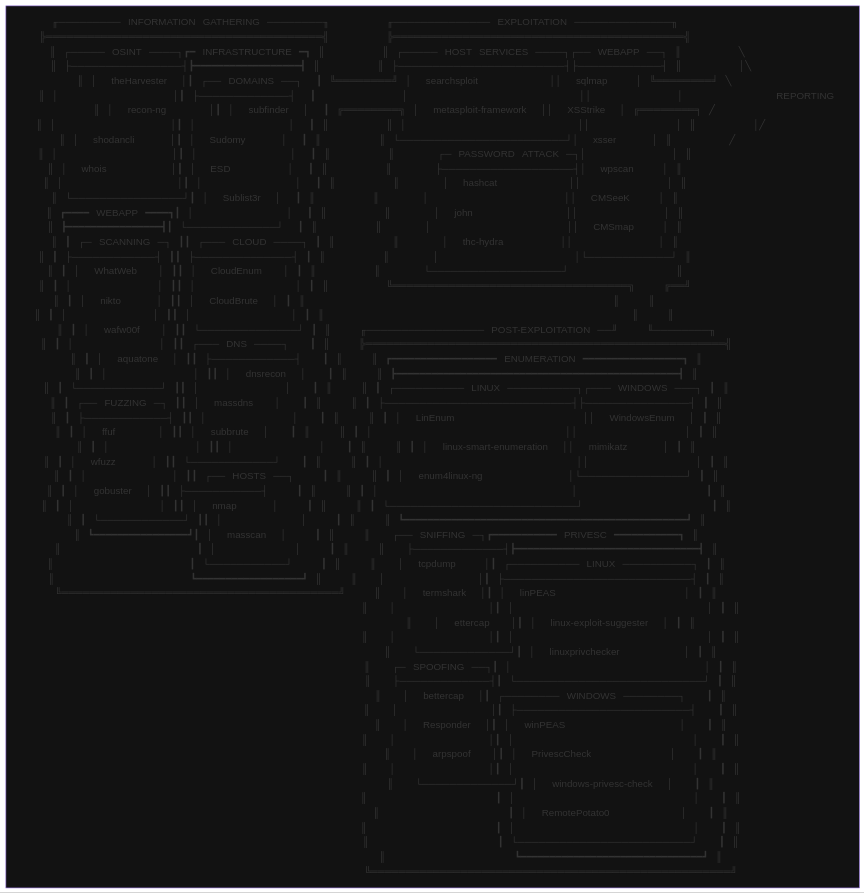
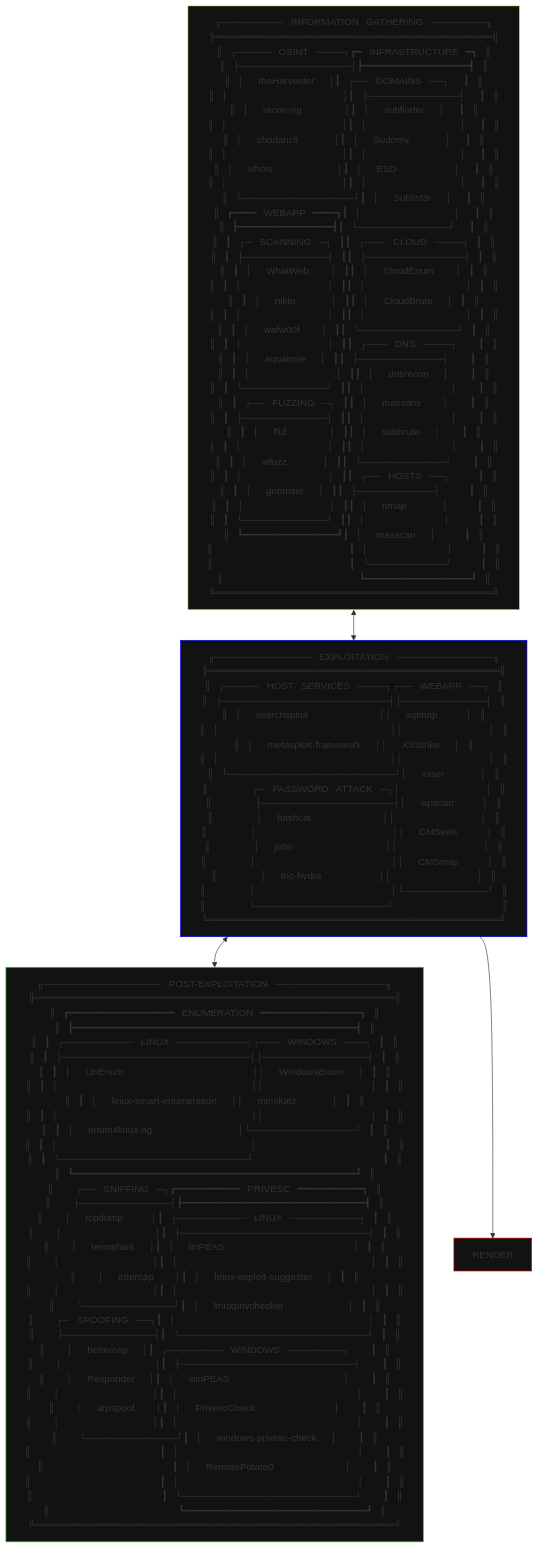
The diagram in base.README.md (Skalyaeve/a-process), drawn with Mermaid before and after one commit.

````diff
--- a/base.README.md
+++ b/base.README.md
@@ -1,65 +1,116 @@
 ```mermaid
 graph TD
-main[
-⠀╓─────────⠀INFORMATION⠀GATHERING⠀────────╖⠀⠀⠀⠀⠀⠀⠀⠀╓──────────────⠀EXPLOITATION⠀──────────────╖⠀⠀⠀⠀⠀⠀⠀⠀⠀⠀⠀⠀⠀⠀⠀⠀⠀⠀⠀⠀
-⠀╠════════════════════════════════════════╣⠀⠀⠀⠀⠀⠀⠀⠀╠══════════════════════════════════════════╣⠀⠀⠀⠀⠀⠀⠀⠀⠀⠀⠀⠀⠀⠀⠀⠀⠀⠀⠀⠀
-⠀║⠀┌─────⠀OSINT⠀────┐┏━⠀INFRASTRUCTURE⠀━┓⠀║⠀⠀⠀⠀⠀⠀⠀⠀║⠀┌─────⠀HOST⠀SERVICES⠀────┐┌──⠀WEBAPP⠀──┐⠀║⠀⠀⠀⠀⠀⠀⠀⠀╲⠀⠀⠀⠀⠀⠀⠀⠀⠀⠀⠀
-⠀║⠀├────────────────┤┣━━━━━━━━━━━━━━━━━━┫⠀║⠀⠀⠀⠀⠀⠀⠀⠀║⠀├────────────────────────┤├────────────┤⠀║⠀⠀⠀⠀⠀⠀⠀⠀│╲⠀⠀⠀⠀⠀⠀⠀⠀⠀⠀
-⠀║⠀│⠀⠀theHarvester⠀⠀│┃⠀┌──⠀DOMAINS⠀──┐⠀⠀┃⠀╚════════╝⠀│⠀⠀searchsploit⠀⠀⠀⠀⠀⠀⠀⠀⠀⠀││⠀⠀sqlmap⠀⠀⠀⠀│⠀╚════════╛⠀╲⠀⠀⠀⠀⠀⠀⠀⠀⠀
-⠀║⠀│⠀⠀⠀⠀⠀⠀⠀⠀⠀⠀⠀⠀⠀⠀⠀⠀│┃⠀├─────────────┤⠀⠀┃⠀⠀⠀⠀⠀⠀⠀⠀⠀⠀⠀⠀│⠀⠀⠀⠀⠀⠀⠀⠀⠀⠀⠀⠀⠀⠀⠀⠀⠀⠀⠀⠀⠀⠀⠀⠀││⠀⠀⠀⠀⠀⠀⠀⠀⠀⠀⠀⠀│⠀⠀⠀⠀⠀⠀⠀⠀⠀⠀⠀⠀⠀REPORTING
-⠀║⠀│⠀⠀recon-ng⠀⠀⠀⠀⠀⠀│┃⠀│⠀⠀subfinder⠀⠀│⠀⠀┃⠀╔════════╗⠀│⠀⠀metasploit-framework⠀⠀││⠀⠀XSStrike⠀⠀│⠀╔════════╕⠀╱⠀⠀⠀⠀⠀⠀⠀⠀⠀
-⠀║⠀│⠀⠀⠀⠀⠀⠀⠀⠀⠀⠀⠀⠀⠀⠀⠀⠀│┃⠀│⠀⠀⠀⠀⠀⠀⠀⠀⠀⠀⠀⠀⠀│⠀⠀┃⠀║⠀⠀⠀⠀⠀⠀⠀⠀║⠀│⠀⠀⠀⠀⠀⠀⠀⠀⠀⠀⠀⠀⠀⠀⠀⠀⠀⠀⠀⠀⠀⠀⠀⠀││⠀⠀⠀⠀⠀⠀⠀⠀⠀⠀⠀⠀│⠀║⠀⠀⠀⠀⠀⠀⠀⠀│╱⠀⠀⠀⠀⠀⠀⠀⠀⠀⠀
-⠀║⠀│⠀⠀shodancli⠀⠀⠀⠀⠀│┃⠀│⠀⠀Sudomy⠀⠀⠀⠀⠀│⠀⠀┃⠀║⠀⠀⠀⠀⠀⠀⠀⠀║⠀└────────────────────────┘│⠀⠀xsser⠀⠀⠀⠀⠀│⠀║⠀⠀⠀⠀⠀⠀⠀⠀╱⠀⠀⠀⠀⠀⠀⠀⠀⠀⠀⠀
-⠀║⠀│⠀⠀⠀⠀⠀⠀⠀⠀⠀⠀⠀⠀⠀⠀⠀⠀│┃⠀│⠀⠀⠀⠀⠀⠀⠀⠀⠀⠀⠀⠀⠀│⠀⠀┃⠀║⠀⠀⠀⠀⠀⠀⠀⠀║⠀⠀⠀⠀⠀⠀┌─⠀PASSWORD⠀ATTACK⠀─┐│⠀⠀⠀⠀⠀⠀⠀⠀⠀⠀⠀⠀│⠀║⠀⠀⠀⠀⠀⠀⠀⠀⠀⠀⠀⠀⠀⠀⠀⠀⠀⠀⠀⠀
-⠀║⠀│⠀⠀whois⠀⠀⠀⠀⠀⠀⠀⠀⠀│┃⠀│⠀⠀ESD⠀⠀⠀⠀⠀⠀⠀⠀│⠀⠀┃⠀║⠀⠀⠀⠀⠀⠀⠀⠀║⠀⠀⠀⠀⠀⠀├───────────────────┤│⠀⠀wpscan⠀⠀⠀⠀│⠀║⠀⠀⠀⠀⠀⠀⠀⠀⠀⠀⠀⠀⠀⠀⠀⠀⠀⠀⠀⠀
-⠀║⠀│⠀⠀⠀⠀⠀⠀⠀⠀⠀⠀⠀⠀⠀⠀⠀⠀│┃⠀│⠀⠀⠀⠀⠀⠀⠀⠀⠀⠀⠀⠀⠀│⠀⠀┃⠀║⠀⠀⠀⠀⠀⠀⠀⠀║⠀⠀⠀⠀⠀⠀│⠀⠀hashcat⠀⠀⠀⠀⠀⠀⠀⠀⠀⠀││⠀⠀⠀⠀⠀⠀⠀⠀⠀⠀⠀⠀│⠀║⠀⠀⠀⠀⠀⠀⠀⠀⠀⠀⠀⠀⠀⠀⠀⠀⠀⠀⠀⠀
-⠀║⠀└────────────────┘┃⠀│⠀⠀Sublist3r⠀⠀│⠀⠀┃⠀║⠀⠀⠀⠀⠀⠀⠀⠀║⠀⠀⠀⠀⠀⠀│⠀⠀⠀⠀⠀⠀⠀⠀⠀⠀⠀⠀⠀⠀⠀⠀⠀⠀⠀││⠀⠀CMSeeK⠀⠀⠀⠀│⠀║⠀⠀⠀⠀⠀⠀⠀⠀⠀⠀⠀⠀⠀⠀⠀⠀⠀⠀⠀⠀
-⠀║⠀┏━━━━⠀WEBAPP⠀━━━━┓┃⠀│⠀⠀⠀⠀⠀⠀⠀⠀⠀⠀⠀⠀⠀│⠀⠀┃⠀║⠀⠀⠀⠀⠀⠀⠀⠀║⠀⠀⠀⠀⠀⠀│⠀⠀john⠀⠀⠀⠀⠀⠀⠀⠀⠀⠀⠀⠀⠀││⠀⠀⠀⠀⠀⠀⠀⠀⠀⠀⠀⠀│⠀║⠀⠀⠀⠀⠀⠀⠀⠀⠀⠀⠀⠀⠀⠀⠀⠀⠀⠀⠀⠀
-⠀║⠀┣━━━━━━━━━━━━━━━━┫┃⠀└─────────────┘⠀⠀┃⠀║⠀⠀⠀⠀⠀⠀⠀⠀║⠀⠀⠀⠀⠀⠀│⠀⠀⠀⠀⠀⠀⠀⠀⠀⠀⠀⠀⠀⠀⠀⠀⠀⠀⠀││⠀⠀CMSmap⠀⠀⠀⠀│⠀║⠀⠀⠀⠀⠀⠀⠀⠀⠀⠀⠀⠀⠀⠀⠀⠀⠀⠀⠀⠀
-⠀║⠀┃⠀┌─⠀SCANNING⠀─┐⠀┃┃⠀┌───⠀CLOUD⠀────┐⠀┃⠀║⠀⠀⠀⠀⠀⠀⠀⠀║⠀⠀⠀⠀⠀⠀│⠀⠀thc-hydra⠀⠀⠀⠀⠀⠀⠀⠀││⠀⠀⠀⠀⠀⠀⠀⠀⠀⠀⠀⠀│⠀║⠀⠀⠀⠀⠀⠀⠀⠀⠀⠀⠀⠀⠀⠀⠀⠀⠀⠀⠀⠀
-⠀║⠀┃⠀├────────────┤⠀┃┃⠀├──────────────┤⠀┃⠀║⠀⠀⠀⠀⠀⠀⠀⠀║⠀⠀⠀⠀⠀⠀│⠀⠀⠀⠀⠀⠀⠀⠀⠀⠀⠀⠀⠀⠀⠀⠀⠀⠀⠀│└────────────┘⠀║⠀⠀⠀⠀⠀⠀⠀⠀⠀⠀⠀⠀⠀⠀⠀⠀⠀⠀⠀⠀
-⠀║⠀┃⠀│⠀⠀WhatWeb⠀⠀⠀│⠀┃┃⠀│⠀⠀CloudEnum⠀⠀⠀│⠀┃⠀║⠀⠀⠀⠀⠀⠀⠀⠀║⠀⠀⠀⠀⠀⠀└───────────────────┘⠀⠀⠀⠀⠀⠀⠀⠀⠀⠀⠀⠀⠀⠀⠀║⠀⠀⠀⠀⠀⠀⠀⠀⠀⠀⠀⠀⠀⠀⠀⠀⠀⠀⠀⠀
-⠀║⠀┃⠀│⠀⠀⠀⠀⠀⠀⠀⠀⠀⠀⠀⠀│⠀┃┃⠀│⠀⠀⠀⠀⠀⠀⠀⠀⠀⠀⠀⠀⠀⠀│⠀┃⠀║⠀⠀⠀⠀⠀⠀⠀⠀╚══════════════════════════════════╗⠀⠀⠀⠀╔══╝⠀⠀⠀⠀⠀⠀⠀⠀⠀⠀⠀⠀⠀⠀⠀⠀⠀⠀⠀⠀
-⠀║⠀┃⠀│⠀⠀nikto⠀⠀⠀⠀⠀│⠀┃┃⠀│⠀⠀CloudBrute⠀⠀│⠀┃⠀║⠀⠀⠀⠀⠀⠀⠀⠀⠀⠀⠀⠀⠀⠀⠀⠀⠀⠀⠀⠀⠀⠀⠀⠀⠀⠀⠀⠀⠀⠀⠀⠀⠀⠀⠀⠀⠀⠀⠀⠀⠀⠀⠀║⠀⠀⠀⠀║⠀⠀⠀⠀⠀⠀⠀⠀⠀⠀⠀⠀⠀⠀⠀⠀⠀⠀⠀⠀⠀⠀⠀
-⠀║⠀┃⠀│⠀⠀⠀⠀⠀⠀⠀⠀⠀⠀⠀⠀│⠀┃┃⠀│⠀⠀⠀⠀⠀⠀⠀⠀⠀⠀⠀⠀⠀⠀│⠀┃⠀║⠀⠀⠀⠀⠀⠀⠀⠀⠀⠀⠀⠀⠀⠀⠀⠀⠀⠀⠀⠀⠀⠀⠀⠀⠀⠀⠀⠀⠀⠀⠀⠀⠀⠀⠀⠀⠀⠀⠀⠀⠀⠀⠀║⠀⠀⠀⠀║⠀⠀⠀⠀⠀⠀⠀⠀⠀⠀⠀⠀⠀⠀⠀⠀⠀⠀⠀⠀⠀⠀⠀
-⠀║⠀┃⠀│⠀⠀wafw00f⠀⠀⠀│⠀┃┃⠀└──────────────┘⠀┃⠀║⠀⠀⠀⠀╓─────────────────⠀POST-EXPLOITATION⠀──╜⠀⠀⠀⠀╙────────╖⠀⠀⠀⠀⠀⠀⠀⠀⠀⠀⠀⠀⠀⠀
-⠀║⠀┃⠀│⠀⠀⠀⠀⠀⠀⠀⠀⠀⠀⠀⠀│⠀┃┃⠀┌───⠀DNS⠀────┐⠀⠀⠀┃⠀║⠀⠀⠀⠀╠════════════════════════════════════════════════════╣⠀⠀⠀⠀⠀⠀⠀⠀⠀⠀⠀⠀⠀⠀
-⠀║⠀┃⠀│⠀⠀aquatone⠀⠀│⠀┃┃⠀├────────────┤⠀⠀⠀┃⠀║⠀⠀⠀⠀║⠀┏━━━━━━━━━━━━━━━━━━⠀ENUMERATION⠀━━━━━━━━━━━━━━━━━┓⠀║⠀⠀⠀⠀⠀⠀⠀⠀⠀⠀⠀⠀⠀⠀
-⠀║⠀┃⠀│⠀⠀⠀⠀⠀⠀⠀⠀⠀⠀⠀⠀│⠀┃┃⠀│⠀⠀dnsrecon⠀⠀│⠀⠀⠀┃⠀║⠀⠀⠀⠀║⠀┣━━━━━━━━━━━━━━━━━━━━━━━━━━━━━━━━━━━━━━━━━━━━━━━━┫⠀║⠀⠀⠀⠀⠀⠀⠀⠀⠀⠀⠀⠀⠀⠀
-⠀║⠀┃⠀└────────────┘⠀┃┃⠀│⠀⠀⠀⠀⠀⠀⠀⠀⠀⠀⠀⠀│⠀⠀⠀┃⠀║⠀⠀⠀⠀║⠀┃⠀┌──────────⠀LINUX⠀──────────┐┌───⠀WINDOWS⠀───┐⠀┃⠀║⠀⠀⠀⠀⠀⠀⠀⠀⠀⠀⠀⠀⠀⠀
-⠀║⠀┃⠀┌──⠀FUZZING⠀─┐⠀┃┃⠀│⠀⠀massdns⠀⠀⠀│⠀⠀⠀┃⠀║⠀⠀⠀⠀║⠀┃⠀├───────────────────────────┤├───────────────┤⠀┃⠀║⠀⠀⠀⠀⠀⠀⠀⠀⠀⠀⠀⠀⠀⠀
-⠀║⠀┃⠀├────────────┤⠀┃┃⠀│⠀⠀⠀⠀⠀⠀⠀⠀⠀⠀⠀⠀│⠀⠀⠀┃⠀║⠀⠀⠀⠀║⠀┃⠀│⠀⠀LinEnum⠀⠀⠀⠀⠀⠀⠀⠀⠀⠀⠀⠀⠀⠀⠀⠀⠀⠀││⠀⠀WindowsEnum⠀⠀│⠀┃⠀║⠀⠀⠀⠀⠀⠀⠀⠀⠀⠀⠀⠀⠀⠀
-⠀║⠀┃⠀│⠀⠀ffuf⠀⠀⠀⠀⠀⠀│⠀┃┃⠀│⠀⠀subbrute⠀⠀│⠀⠀⠀┃⠀║⠀⠀⠀⠀║⠀┃⠀│⠀⠀⠀⠀⠀⠀⠀⠀⠀⠀⠀⠀⠀⠀⠀⠀⠀⠀⠀⠀⠀⠀⠀⠀⠀⠀⠀││⠀⠀⠀⠀⠀⠀⠀⠀⠀⠀⠀⠀⠀⠀⠀│⠀┃⠀║⠀⠀⠀⠀⠀⠀⠀⠀⠀⠀⠀⠀⠀⠀
-⠀║⠀┃⠀│⠀⠀⠀⠀⠀⠀⠀⠀⠀⠀⠀⠀│⠀┃┃⠀│⠀⠀⠀⠀⠀⠀⠀⠀⠀⠀⠀⠀│⠀⠀⠀┃⠀║⠀⠀⠀⠀║⠀┃⠀│⠀⠀linux-smart-enumeration⠀⠀││⠀⠀mimikatz⠀⠀⠀⠀⠀│⠀┃⠀║⠀⠀⠀⠀⠀⠀⠀⠀⠀⠀⠀⠀⠀⠀
-⠀║⠀┃⠀│⠀⠀wfuzz⠀⠀⠀⠀⠀│⠀┃┃⠀└────────────┘⠀⠀⠀┃⠀║⠀⠀⠀⠀║⠀┃⠀│⠀⠀⠀⠀⠀⠀⠀⠀⠀⠀⠀⠀⠀⠀⠀⠀⠀⠀⠀⠀⠀⠀⠀⠀⠀⠀⠀││⠀⠀⠀⠀⠀⠀⠀⠀⠀⠀⠀⠀⠀⠀⠀│⠀┃⠀║⠀⠀⠀⠀⠀⠀⠀⠀⠀⠀⠀⠀⠀⠀
-⠀║⠀┃⠀│⠀⠀⠀⠀⠀⠀⠀⠀⠀⠀⠀⠀│⠀┃┃⠀┌──⠀HOSTS⠀──┐⠀⠀⠀⠀┃⠀║⠀⠀⠀⠀║⠀┃⠀│⠀⠀enum4linux-ng⠀⠀⠀⠀⠀⠀⠀⠀⠀⠀⠀⠀│└───────────────┘⠀┃⠀║⠀⠀⠀⠀⠀⠀⠀⠀⠀⠀⠀⠀⠀⠀
-⠀║⠀┃⠀│⠀⠀gobuster⠀⠀│⠀┃┃⠀├───────────┤⠀⠀⠀⠀┃⠀║⠀⠀⠀⠀║⠀┃⠀│⠀⠀⠀⠀⠀⠀⠀⠀⠀⠀⠀⠀⠀⠀⠀⠀⠀⠀⠀⠀⠀⠀⠀⠀⠀⠀⠀│⠀⠀⠀⠀⠀⠀⠀⠀⠀⠀⠀⠀⠀⠀⠀⠀⠀⠀┃⠀║⠀⠀⠀⠀⠀⠀⠀⠀⠀⠀⠀⠀⠀⠀
-⠀║⠀┃⠀│⠀⠀⠀⠀⠀⠀⠀⠀⠀⠀⠀⠀│⠀┃┃⠀│⠀⠀nmap⠀⠀⠀⠀⠀│⠀⠀⠀⠀┃⠀║⠀⠀⠀⠀║⠀┃⠀└───────────────────────────┘⠀⠀⠀⠀⠀⠀⠀⠀⠀⠀⠀⠀⠀⠀⠀⠀⠀⠀┃⠀║⠀⠀⠀⠀⠀⠀⠀⠀⠀⠀⠀⠀⠀⠀
-⠀║⠀┃⠀└────────────┘⠀┃┃⠀│⠀⠀⠀⠀⠀⠀⠀⠀⠀⠀⠀│⠀⠀⠀⠀┃⠀║⠀⠀⠀⠀║⠀┗━━━━━━━━━━━━━━━━━━━━━━━━━━━━━━━━━━━━━━━━━━━━━━━━┛⠀║⠀⠀⠀⠀⠀⠀⠀⠀⠀⠀⠀⠀⠀⠀
-⠀║⠀┗━━━━━━━━━━━━━━━━┛┃⠀│⠀⠀masscan⠀⠀│⠀⠀⠀⠀┃⠀║⠀⠀⠀⠀║⠀⠀⠀┌──⠀SNIFFING⠀─┐┏━━━━━━━━━━━⠀PRIVESC⠀━━━━━━━━━━━┓⠀║⠀⠀⠀⠀⠀⠀⠀⠀⠀⠀⠀⠀⠀⠀
-⠀║⠀⠀⠀⠀⠀⠀⠀⠀⠀⠀⠀⠀⠀⠀⠀⠀⠀⠀⠀┃⠀│⠀⠀⠀⠀⠀⠀⠀⠀⠀⠀⠀│⠀⠀⠀⠀┃⠀║⠀⠀⠀⠀║⠀⠀⠀├─────────────┤┣━━━━━━━━━━━━━━━━━━━━━━━━━━━━━━━┫⠀║⠀⠀⠀⠀⠀⠀⠀⠀⠀⠀⠀⠀⠀⠀
-⠀║⠀⠀⠀⠀⠀⠀⠀⠀⠀⠀⠀⠀⠀⠀⠀⠀⠀⠀⠀┃⠀└───────────┘⠀⠀⠀⠀┃⠀║⠀⠀⠀⠀║⠀⠀⠀│⠀⠀tcpdump⠀⠀⠀⠀│┃⠀┌──────────⠀LINUX⠀──────────┐⠀┃⠀║⠀⠀⠀⠀⠀⠀⠀⠀⠀⠀⠀⠀⠀⠀
-⠀║⠀⠀⠀⠀⠀⠀⠀⠀⠀⠀⠀⠀⠀⠀⠀⠀⠀⠀⠀┗━━━━━━━━━━━━━━━━━━┛⠀║⠀⠀⠀⠀║⠀⠀⠀│⠀⠀⠀⠀⠀⠀⠀⠀⠀⠀⠀⠀⠀│┃⠀├───────────────────────────┤⠀┃⠀║⠀⠀⠀⠀⠀⠀⠀⠀⠀⠀⠀⠀⠀⠀
-⠀╚════════════════════════════════════════╝⠀⠀⠀⠀║⠀⠀⠀│⠀⠀termshark⠀⠀│┃⠀│⠀⠀linPEAS⠀⠀⠀⠀⠀⠀⠀⠀⠀⠀⠀⠀⠀⠀⠀⠀⠀⠀│⠀┃⠀║⠀⠀⠀⠀⠀⠀⠀⠀⠀⠀⠀⠀⠀⠀
-⠀⠀⠀⠀⠀⠀⠀⠀⠀⠀⠀⠀⠀⠀⠀⠀⠀⠀⠀⠀⠀⠀⠀⠀⠀⠀⠀⠀⠀⠀⠀⠀⠀⠀⠀⠀⠀⠀⠀⠀⠀⠀⠀⠀⠀⠀⠀║⠀⠀⠀│⠀⠀⠀⠀⠀⠀⠀⠀⠀⠀⠀⠀⠀│┃⠀│⠀⠀⠀⠀⠀⠀⠀⠀⠀⠀⠀⠀⠀⠀⠀⠀⠀⠀⠀⠀⠀⠀⠀⠀⠀⠀⠀│⠀┃⠀║⠀⠀⠀⠀⠀⠀⠀⠀⠀⠀⠀⠀⠀⠀
-⠀⠀⠀⠀⠀⠀⠀⠀⠀⠀⠀⠀⠀⠀⠀⠀⠀⠀⠀⠀⠀⠀⠀⠀⠀⠀⠀⠀⠀⠀⠀⠀⠀⠀⠀⠀⠀⠀⠀⠀⠀⠀⠀⠀⠀⠀⠀║⠀⠀⠀│⠀⠀ettercap⠀⠀⠀│┃⠀│⠀⠀linux-exploit-suggester⠀⠀│⠀┃⠀║⠀⠀⠀⠀⠀⠀⠀⠀⠀⠀⠀⠀⠀⠀
-⠀⠀⠀⠀⠀⠀⠀⠀⠀⠀⠀⠀⠀⠀⠀⠀⠀⠀⠀⠀⠀⠀⠀⠀⠀⠀⠀⠀⠀⠀⠀⠀⠀⠀⠀⠀⠀⠀⠀⠀⠀⠀⠀⠀⠀⠀⠀║⠀⠀⠀│⠀⠀⠀⠀⠀⠀⠀⠀⠀⠀⠀⠀⠀│┃⠀│⠀⠀⠀⠀⠀⠀⠀⠀⠀⠀⠀⠀⠀⠀⠀⠀⠀⠀⠀⠀⠀⠀⠀⠀⠀⠀⠀│⠀┃⠀║⠀⠀⠀⠀⠀⠀⠀⠀⠀⠀⠀⠀⠀⠀
-⠀⠀⠀⠀⠀⠀⠀⠀⠀⠀⠀⠀⠀⠀⠀⠀⠀⠀⠀⠀⠀⠀⠀⠀⠀⠀⠀⠀⠀⠀⠀⠀⠀⠀⠀⠀⠀⠀⠀⠀⠀⠀⠀⠀⠀⠀⠀║⠀⠀⠀└─────────────┘┃⠀│⠀⠀linuxprivchecker⠀⠀⠀⠀⠀⠀⠀⠀⠀│⠀┃⠀║⠀⠀⠀⠀⠀⠀⠀⠀⠀⠀⠀⠀⠀⠀
-⠀⠀⠀⠀⠀⠀⠀⠀⠀⠀⠀⠀⠀⠀⠀⠀⠀⠀⠀⠀⠀⠀⠀⠀⠀⠀⠀⠀⠀⠀⠀⠀⠀⠀⠀⠀⠀⠀⠀⠀⠀⠀⠀⠀⠀⠀⠀║⠀⠀⠀┌─⠀SPOOFING⠀──┐┃⠀│⠀⠀⠀⠀⠀⠀⠀⠀⠀⠀⠀⠀⠀⠀⠀⠀⠀⠀⠀⠀⠀⠀⠀⠀⠀⠀⠀│⠀┃⠀║⠀⠀⠀⠀⠀⠀⠀⠀⠀⠀⠀⠀⠀⠀
-⠀⠀⠀⠀⠀⠀⠀⠀⠀⠀⠀⠀⠀⠀⠀⠀⠀⠀⠀⠀⠀⠀⠀⠀⠀⠀⠀⠀⠀⠀⠀⠀⠀⠀⠀⠀⠀⠀⠀⠀⠀⠀⠀⠀⠀⠀⠀║⠀⠀⠀├─────────────┤┃⠀└───────────────────────────┘⠀┃⠀║⠀⠀⠀⠀⠀⠀⠀⠀⠀⠀⠀⠀⠀⠀
-⠀⠀⠀⠀⠀⠀⠀⠀⠀⠀⠀⠀⠀⠀⠀⠀⠀⠀⠀⠀⠀⠀⠀⠀⠀⠀⠀⠀⠀⠀⠀⠀⠀⠀⠀⠀⠀⠀⠀⠀⠀⠀⠀⠀⠀⠀⠀║⠀⠀⠀│⠀⠀bettercap⠀⠀│┃⠀┌────────⠀WINDOWS⠀────────┐⠀⠀⠀┃⠀║⠀⠀⠀⠀⠀⠀⠀⠀⠀⠀⠀⠀⠀⠀
-⠀⠀⠀⠀⠀⠀⠀⠀⠀⠀⠀⠀⠀⠀⠀⠀⠀⠀⠀⠀⠀⠀⠀⠀⠀⠀⠀⠀⠀⠀⠀⠀⠀⠀⠀⠀⠀⠀⠀⠀⠀⠀⠀⠀⠀⠀⠀║⠀⠀⠀│⠀⠀⠀⠀⠀⠀⠀⠀⠀⠀⠀⠀⠀│┃⠀├─────────────────────────┤⠀⠀⠀┃⠀║⠀⠀⠀⠀⠀⠀⠀⠀⠀⠀⠀⠀⠀⠀
-⠀⠀⠀⠀⠀⠀⠀⠀⠀⠀⠀⠀⠀⠀⠀⠀⠀⠀⠀⠀⠀⠀⠀⠀⠀⠀⠀⠀⠀⠀⠀⠀⠀⠀⠀⠀⠀⠀⠀⠀⠀⠀⠀⠀⠀⠀⠀║⠀⠀⠀│⠀⠀Responder⠀⠀│┃⠀│⠀⠀winPEAS⠀⠀⠀⠀⠀⠀⠀⠀⠀⠀⠀⠀⠀⠀⠀⠀│⠀⠀⠀┃⠀║⠀⠀⠀⠀⠀⠀⠀⠀⠀⠀⠀⠀⠀⠀
-⠀⠀⠀⠀⠀⠀⠀⠀⠀⠀⠀⠀⠀⠀⠀⠀⠀⠀⠀⠀⠀⠀⠀⠀⠀⠀⠀⠀⠀⠀⠀⠀⠀⠀⠀⠀⠀⠀⠀⠀⠀⠀⠀⠀⠀⠀⠀║⠀⠀⠀│⠀⠀⠀⠀⠀⠀⠀⠀⠀⠀⠀⠀⠀│┃⠀│⠀⠀⠀⠀⠀⠀⠀⠀⠀⠀⠀⠀⠀⠀⠀⠀⠀⠀⠀⠀⠀⠀⠀⠀⠀│⠀⠀⠀┃⠀║⠀⠀⠀⠀⠀⠀⠀⠀⠀⠀⠀⠀⠀⠀
-⠀⠀⠀⠀⠀⠀⠀⠀⠀⠀⠀⠀⠀⠀⠀⠀⠀⠀⠀⠀⠀⠀⠀⠀⠀⠀⠀⠀⠀⠀⠀⠀⠀⠀⠀⠀⠀⠀⠀⠀⠀⠀⠀⠀⠀⠀⠀║⠀⠀⠀│⠀⠀arpspoof⠀⠀⠀│┃⠀│⠀⠀PrivescCheck⠀⠀⠀⠀⠀⠀⠀⠀⠀⠀⠀│⠀⠀⠀┃⠀║⠀⠀⠀⠀⠀⠀⠀⠀⠀⠀⠀⠀⠀⠀
-⠀⠀⠀⠀⠀⠀⠀⠀⠀⠀⠀⠀⠀⠀⠀⠀⠀⠀⠀⠀⠀⠀⠀⠀⠀⠀⠀⠀⠀⠀⠀⠀⠀⠀⠀⠀⠀⠀⠀⠀⠀⠀⠀⠀⠀⠀⠀║⠀⠀⠀│⠀⠀⠀⠀⠀⠀⠀⠀⠀⠀⠀⠀⠀│┃⠀│⠀⠀⠀⠀⠀⠀⠀⠀⠀⠀⠀⠀⠀⠀⠀⠀⠀⠀⠀⠀⠀⠀⠀⠀⠀│⠀⠀⠀┃⠀║⠀⠀⠀⠀⠀⠀⠀⠀⠀⠀⠀⠀⠀⠀
-⠀⠀⠀⠀⠀⠀⠀⠀⠀⠀⠀⠀⠀⠀⠀⠀⠀⠀⠀⠀⠀⠀⠀⠀⠀⠀⠀⠀⠀⠀⠀⠀⠀⠀⠀⠀⠀⠀⠀⠀⠀⠀⠀⠀⠀⠀⠀║⠀⠀⠀└─────────────┘┃⠀│⠀⠀windows-privesc-check⠀⠀│⠀⠀⠀┃⠀║⠀⠀⠀⠀⠀⠀⠀⠀⠀⠀⠀⠀⠀⠀
-⠀⠀⠀⠀⠀⠀⠀⠀⠀⠀⠀⠀⠀⠀⠀⠀⠀⠀⠀⠀⠀⠀⠀⠀⠀⠀⠀⠀⠀⠀⠀⠀⠀⠀⠀⠀⠀⠀⠀⠀⠀⠀⠀⠀⠀⠀⠀║⠀⠀⠀⠀⠀⠀⠀⠀⠀⠀⠀⠀⠀⠀⠀⠀⠀⠀┃⠀│⠀⠀⠀⠀⠀⠀⠀⠀⠀⠀⠀⠀⠀⠀⠀⠀⠀⠀⠀⠀⠀⠀⠀⠀⠀│⠀⠀⠀┃⠀║⠀⠀⠀⠀⠀⠀⠀⠀⠀⠀⠀⠀⠀⠀
-⠀⠀⠀⠀⠀⠀⠀⠀⠀⠀⠀⠀⠀⠀⠀⠀⠀⠀⠀⠀⠀⠀⠀⠀⠀⠀⠀⠀⠀⠀⠀⠀⠀⠀⠀⠀⠀⠀⠀⠀⠀⠀⠀⠀⠀⠀⠀║⠀⠀⠀⠀⠀⠀⠀⠀⠀⠀⠀⠀⠀⠀⠀⠀⠀⠀┃⠀│⠀⠀RemotePotato0⠀⠀⠀⠀⠀⠀⠀⠀⠀⠀│⠀⠀⠀┃⠀║⠀⠀⠀⠀⠀⠀⠀⠀⠀⠀⠀⠀⠀⠀
-⠀⠀⠀⠀⠀⠀⠀⠀⠀⠀⠀⠀⠀⠀⠀⠀⠀⠀⠀⠀⠀⠀⠀⠀⠀⠀⠀⠀⠀⠀⠀⠀⠀⠀⠀⠀⠀⠀⠀⠀⠀⠀⠀⠀⠀⠀⠀║⠀⠀⠀⠀⠀⠀⠀⠀⠀⠀⠀⠀⠀⠀⠀⠀⠀⠀┃⠀│⠀⠀⠀⠀⠀⠀⠀⠀⠀⠀⠀⠀⠀⠀⠀⠀⠀⠀⠀⠀⠀⠀⠀⠀⠀│⠀⠀⠀┃⠀║⠀⠀⠀⠀⠀⠀⠀⠀⠀⠀⠀⠀⠀⠀
-⠀⠀⠀⠀⠀⠀⠀⠀⠀⠀⠀⠀⠀⠀⠀⠀⠀⠀⠀⠀⠀⠀⠀⠀⠀⠀⠀⠀⠀⠀⠀⠀⠀⠀⠀⠀⠀⠀⠀⠀⠀⠀⠀⠀⠀⠀⠀║⠀⠀⠀⠀⠀⠀⠀⠀⠀⠀⠀⠀⠀⠀⠀⠀⠀⠀┃⠀└─────────────────────────┘⠀⠀⠀┃⠀║⠀⠀⠀⠀⠀⠀⠀⠀⠀⠀⠀⠀⠀⠀
-⠀⠀⠀⠀⠀⠀⠀⠀⠀⠀⠀⠀⠀⠀⠀⠀⠀⠀⠀⠀⠀⠀⠀⠀⠀⠀⠀⠀⠀⠀⠀⠀⠀⠀⠀⠀⠀⠀⠀⠀⠀⠀⠀⠀⠀⠀⠀║⠀⠀⠀⠀⠀⠀⠀⠀⠀⠀⠀⠀⠀⠀⠀⠀⠀⠀┗━━━━━━━━━━━━━━━━━━━━━━━━━━━━━━━┛⠀║⠀⠀⠀⠀⠀⠀⠀⠀⠀⠀⠀⠀⠀⠀
-⠀⠀⠀⠀⠀⠀⠀⠀⠀⠀⠀⠀⠀⠀⠀⠀⠀⠀⠀⠀⠀⠀⠀⠀⠀⠀⠀⠀⠀⠀⠀⠀⠀⠀⠀⠀⠀⠀⠀⠀⠀⠀⠀⠀⠀⠀⠀╚════════════════════════════════════════════════════╝⠀⠀⠀⠀⠀⠀⠀⠀⠀⠀⠀⠀⠀⠀
+information-gathering[
+╓─────────⠀INFORMATION⠀GATHERING⠀────────╖
+╠════════════════════════════════════════╣
+║⠀┌─────⠀OSINT⠀────┐┏━⠀INFRASTRUCTURE⠀━┓⠀║
+║⠀├────────────────┤┣━━━━━━━━━━━━━━━━━━┫⠀║
+║⠀│⠀⠀theHarvester⠀⠀│┃⠀┌──⠀DOMAINS⠀──┐⠀⠀┃⠀║
+║⠀│⠀⠀⠀⠀⠀⠀⠀⠀⠀⠀⠀⠀⠀⠀⠀⠀│┃⠀├─────────────┤⠀⠀┃⠀║
+║⠀│⠀⠀recon-ng⠀⠀⠀⠀⠀⠀│┃⠀│⠀⠀subfinder⠀⠀│⠀⠀┃⠀║
+║⠀│⠀⠀⠀⠀⠀⠀⠀⠀⠀⠀⠀⠀⠀⠀⠀⠀│┃⠀│⠀⠀⠀⠀⠀⠀⠀⠀⠀⠀⠀⠀⠀│⠀⠀┃⠀║
+║⠀│⠀⠀shodancli⠀⠀⠀⠀⠀│┃⠀│⠀⠀Sudomy⠀⠀⠀⠀⠀│⠀⠀┃⠀║
+║⠀│⠀⠀⠀⠀⠀⠀⠀⠀⠀⠀⠀⠀⠀⠀⠀⠀│┃⠀│⠀⠀⠀⠀⠀⠀⠀⠀⠀⠀⠀⠀⠀│⠀⠀┃⠀║
+║⠀│⠀⠀whois⠀⠀⠀⠀⠀⠀⠀⠀⠀│┃⠀│⠀⠀ESD⠀⠀⠀⠀⠀⠀⠀⠀│⠀⠀┃⠀║
+║⠀│⠀⠀⠀⠀⠀⠀⠀⠀⠀⠀⠀⠀⠀⠀⠀⠀│┃⠀│⠀⠀⠀⠀⠀⠀⠀⠀⠀⠀⠀⠀⠀│⠀⠀┃⠀║
+║⠀└────────────────┘┃⠀│⠀⠀Sublist3r⠀⠀│⠀⠀┃⠀║
+║⠀┏━━━━⠀WEBAPP⠀━━━━┓┃⠀│⠀⠀⠀⠀⠀⠀⠀⠀⠀⠀⠀⠀⠀│⠀⠀┃⠀║
+║⠀┣━━━━━━━━━━━━━━━━┫┃⠀└─────────────┘⠀⠀┃⠀║
+║⠀┃⠀┌─⠀SCANNING⠀─┐⠀┃┃⠀┌───⠀CLOUD⠀────┐⠀┃⠀║
+║⠀┃⠀├────────────┤⠀┃┃⠀├──────────────┤⠀┃⠀║
+║⠀┃⠀│⠀⠀WhatWeb⠀⠀⠀│⠀┃┃⠀│⠀⠀CloudEnum⠀⠀⠀│⠀┃⠀║
+║⠀┃⠀│⠀⠀⠀⠀⠀⠀⠀⠀⠀⠀⠀⠀│⠀┃┃⠀│⠀⠀⠀⠀⠀⠀⠀⠀⠀⠀⠀⠀⠀⠀│⠀┃⠀║
+║⠀┃⠀│⠀⠀nikto⠀⠀⠀⠀⠀│⠀┃┃⠀│⠀⠀CloudBrute⠀⠀│⠀┃⠀║
+║⠀┃⠀│⠀⠀⠀⠀⠀⠀⠀⠀⠀⠀⠀⠀│⠀┃┃⠀│⠀⠀⠀⠀⠀⠀⠀⠀⠀⠀⠀⠀⠀⠀│⠀┃⠀║
+║⠀┃⠀│⠀⠀wafw00f⠀⠀⠀│⠀┃┃⠀└──────────────┘⠀┃⠀║
+║⠀┃⠀│⠀⠀⠀⠀⠀⠀⠀⠀⠀⠀⠀⠀│⠀┃┃⠀┌───⠀DNS⠀────┐⠀⠀⠀┃⠀║
+║⠀┃⠀│⠀⠀aquatone⠀⠀│⠀┃┃⠀├────────────┤⠀⠀⠀┃⠀║
+║⠀┃⠀│⠀⠀⠀⠀⠀⠀⠀⠀⠀⠀⠀⠀│⠀┃┃⠀│⠀⠀dnsrecon⠀⠀│⠀⠀⠀┃⠀║
+║⠀┃⠀└────────────┘⠀┃┃⠀│⠀⠀⠀⠀⠀⠀⠀⠀⠀⠀⠀⠀│⠀⠀⠀┃⠀║
+║⠀┃⠀┌──⠀FUZZING⠀─┐⠀┃┃⠀│⠀⠀massdns⠀⠀⠀│⠀⠀⠀┃⠀║
+║⠀┃⠀├────────────┤⠀┃┃⠀│⠀⠀⠀⠀⠀⠀⠀⠀⠀⠀⠀⠀│⠀⠀⠀┃⠀║
+║⠀┃⠀│⠀⠀ffuf⠀⠀⠀⠀⠀⠀│⠀┃┃⠀│⠀⠀subbrute⠀⠀│⠀⠀⠀┃⠀║
+║⠀┃⠀│⠀⠀⠀⠀⠀⠀⠀⠀⠀⠀⠀⠀│⠀┃┃⠀│⠀⠀⠀⠀⠀⠀⠀⠀⠀⠀⠀⠀│⠀⠀⠀┃⠀║
+║⠀┃⠀│⠀⠀wfuzz⠀⠀⠀⠀⠀│⠀┃┃⠀└────────────┘⠀⠀⠀┃⠀║
+║⠀┃⠀│⠀⠀⠀⠀⠀⠀⠀⠀⠀⠀⠀⠀│⠀┃┃⠀┌──⠀HOSTS⠀──┐⠀⠀⠀⠀┃⠀║
+║⠀┃⠀│⠀⠀gobuster⠀⠀│⠀┃┃⠀├───────────┤⠀⠀⠀⠀┃⠀║
+║⠀┃⠀│⠀⠀⠀⠀⠀⠀⠀⠀⠀⠀⠀⠀│⠀┃┃⠀│⠀⠀nmap⠀⠀⠀⠀⠀│⠀⠀⠀⠀┃⠀║
+║⠀┃⠀└────────────┘⠀┃┃⠀│⠀⠀⠀⠀⠀⠀⠀⠀⠀⠀⠀│⠀⠀⠀⠀┃⠀║
+║⠀┗━━━━━━━━━━━━━━━━┛┃⠀│⠀⠀masscan⠀⠀│⠀⠀⠀⠀┃⠀║
+║⠀⠀⠀⠀⠀⠀⠀⠀⠀⠀⠀⠀⠀⠀⠀⠀⠀⠀⠀┃⠀│⠀⠀⠀⠀⠀⠀⠀⠀⠀⠀⠀│⠀⠀⠀⠀┃⠀║
+║⠀⠀⠀⠀⠀⠀⠀⠀⠀⠀⠀⠀⠀⠀⠀⠀⠀⠀⠀┃⠀└───────────┘⠀⠀⠀⠀┃⠀║
+║⠀⠀⠀⠀⠀⠀⠀⠀⠀⠀⠀⠀⠀⠀⠀⠀⠀⠀⠀┗━━━━━━━━━━━━━━━━━━┛⠀║
+╚════════════════════════════════════════╝
 ]
-style main fill:#121212
+exploitation[
+╓──────────────⠀EXPLOITATION⠀──────────────╖
+╠══════════════════════════════════════════╣
+║⠀┌─────⠀HOST⠀SERVICES⠀────┐┌──⠀WEBAPP⠀──┐⠀║
+║⠀├────────────────────────┤├────────────┤⠀║
+║⠀│⠀⠀searchsploit⠀⠀⠀⠀⠀⠀⠀⠀⠀⠀││⠀⠀sqlmap⠀⠀⠀⠀│⠀║
+║⠀│⠀⠀⠀⠀⠀⠀⠀⠀⠀⠀⠀⠀⠀⠀⠀⠀⠀⠀⠀⠀⠀⠀⠀⠀││⠀⠀⠀⠀⠀⠀⠀⠀⠀⠀⠀⠀│⠀║
+║⠀│⠀⠀metasploit-framework⠀⠀││⠀⠀XSStrike⠀⠀│⠀║
+║⠀│⠀⠀⠀⠀⠀⠀⠀⠀⠀⠀⠀⠀⠀⠀⠀⠀⠀⠀⠀⠀⠀⠀⠀⠀││⠀⠀⠀⠀⠀⠀⠀⠀⠀⠀⠀⠀│⠀║
+║⠀└────────────────────────┘│⠀⠀xsser⠀⠀⠀⠀⠀│⠀║
+║⠀⠀⠀⠀⠀⠀┌─⠀PASSWORD⠀ATTACK⠀─┐│⠀⠀⠀⠀⠀⠀⠀⠀⠀⠀⠀⠀│⠀║
+║⠀⠀⠀⠀⠀⠀├───────────────────┤│⠀⠀wpscan⠀⠀⠀⠀│⠀║
+║⠀⠀⠀⠀⠀⠀│⠀⠀hashcat⠀⠀⠀⠀⠀⠀⠀⠀⠀⠀││⠀⠀⠀⠀⠀⠀⠀⠀⠀⠀⠀⠀│⠀║
+║⠀⠀⠀⠀⠀⠀│⠀⠀⠀⠀⠀⠀⠀⠀⠀⠀⠀⠀⠀⠀⠀⠀⠀⠀⠀││⠀⠀CMSeeK⠀⠀⠀⠀│⠀║
+║⠀⠀⠀⠀⠀⠀│⠀⠀john⠀⠀⠀⠀⠀⠀⠀⠀⠀⠀⠀⠀⠀││⠀⠀⠀⠀⠀⠀⠀⠀⠀⠀⠀⠀│⠀║
+║⠀⠀⠀⠀⠀⠀│⠀⠀⠀⠀⠀⠀⠀⠀⠀⠀⠀⠀⠀⠀⠀⠀⠀⠀⠀││⠀⠀CMSmap⠀⠀⠀⠀│⠀║
+║⠀⠀⠀⠀⠀⠀│⠀⠀thc-hydra⠀⠀⠀⠀⠀⠀⠀⠀││⠀⠀⠀⠀⠀⠀⠀⠀⠀⠀⠀⠀│⠀║
+║⠀⠀⠀⠀⠀⠀│⠀⠀⠀⠀⠀⠀⠀⠀⠀⠀⠀⠀⠀⠀⠀⠀⠀⠀⠀│└────────────┘⠀║
+║⠀⠀⠀⠀⠀⠀└───────────────────┘⠀⠀⠀⠀⠀⠀⠀⠀⠀⠀⠀⠀⠀⠀⠀║
+╚══════════════════════════════════════════╝
+]
+post-exploitation[
+╓─────────────────⠀POST-EXPLOITATION⠀────────────────╖
+╠════════════════════════════════════════════════════╣
+║⠀┏━━━━━━━━━━━━━━━━━━⠀ENUMERATION⠀━━━━━━━━━━━━━━━━━┓⠀║
+║⠀┣━━━━━━━━━━━━━━━━━━━━━━━━━━━━━━━━━━━━━━━━━━━━━━━━┫⠀║
+║⠀┃⠀┌──────────⠀LINUX⠀──────────┐┌───⠀WINDOWS⠀───┐⠀┃⠀║
+║⠀┃⠀├───────────────────────────┤├───────────────┤⠀┃⠀║
+║⠀┃⠀│⠀⠀LinEnum⠀⠀⠀⠀⠀⠀⠀⠀⠀⠀⠀⠀⠀⠀⠀⠀⠀⠀││⠀⠀WindowsEnum⠀⠀│⠀┃⠀║
+║⠀┃⠀│⠀⠀⠀⠀⠀⠀⠀⠀⠀⠀⠀⠀⠀⠀⠀⠀⠀⠀⠀⠀⠀⠀⠀⠀⠀⠀⠀││⠀⠀⠀⠀⠀⠀⠀⠀⠀⠀⠀⠀⠀⠀⠀│⠀┃⠀║
+║⠀┃⠀│⠀⠀linux-smart-enumeration⠀⠀││⠀⠀mimikatz⠀⠀⠀⠀⠀│⠀┃⠀║
+║⠀┃⠀│⠀⠀⠀⠀⠀⠀⠀⠀⠀⠀⠀⠀⠀⠀⠀⠀⠀⠀⠀⠀⠀⠀⠀⠀⠀⠀⠀││⠀⠀⠀⠀⠀⠀⠀⠀⠀⠀⠀⠀⠀⠀⠀│⠀┃⠀║
+║⠀┃⠀│⠀⠀enum4linux-ng⠀⠀⠀⠀⠀⠀⠀⠀⠀⠀⠀⠀│└───────────────┘⠀┃⠀║
+║⠀┃⠀│⠀⠀⠀⠀⠀⠀⠀⠀⠀⠀⠀⠀⠀⠀⠀⠀⠀⠀⠀⠀⠀⠀⠀⠀⠀⠀⠀│⠀⠀⠀⠀⠀⠀⠀⠀⠀⠀⠀⠀⠀⠀⠀⠀⠀⠀┃⠀║
+║⠀┃⠀└───────────────────────────┘⠀⠀⠀⠀⠀⠀⠀⠀⠀⠀⠀⠀⠀⠀⠀⠀⠀⠀┃⠀║
+║⠀┗━━━━━━━━━━━━━━━━━━━━━━━━━━━━━━━━━━━━━━━━━━━━━━━━┛⠀║
+║⠀⠀⠀┌──⠀SNIFFING⠀─┐┏━━━━━━━━━━━⠀PRIVESC⠀━━━━━━━━━━━┓⠀║
+║⠀⠀⠀├─────────────┤┣━━━━━━━━━━━━━━━━━━━━━━━━━━━━━━━┫⠀║
+║⠀⠀⠀│⠀⠀tcpdump⠀⠀⠀⠀│┃⠀┌──────────⠀LINUX⠀──────────┐⠀┃⠀║
+║⠀⠀⠀│⠀⠀⠀⠀⠀⠀⠀⠀⠀⠀⠀⠀⠀│┃⠀├───────────────────────────┤⠀┃⠀║
+║⠀⠀⠀│⠀⠀termshark⠀⠀│┃⠀│⠀⠀linPEAS⠀⠀⠀⠀⠀⠀⠀⠀⠀⠀⠀⠀⠀⠀⠀⠀⠀⠀│⠀┃⠀║
+║⠀⠀⠀│⠀⠀⠀⠀⠀⠀⠀⠀⠀⠀⠀⠀⠀│┃⠀│⠀⠀⠀⠀⠀⠀⠀⠀⠀⠀⠀⠀⠀⠀⠀⠀⠀⠀⠀⠀⠀⠀⠀⠀⠀⠀⠀│⠀┃⠀║
+║⠀⠀⠀│⠀⠀ettercap⠀⠀⠀│┃⠀│⠀⠀linux-exploit-suggester⠀⠀│⠀┃⠀║
+║⠀⠀⠀│⠀⠀⠀⠀⠀⠀⠀⠀⠀⠀⠀⠀⠀│┃⠀│⠀⠀⠀⠀⠀⠀⠀⠀⠀⠀⠀⠀⠀⠀⠀⠀⠀⠀⠀⠀⠀⠀⠀⠀⠀⠀⠀│⠀┃⠀║
+║⠀⠀⠀└─────────────┘┃⠀│⠀⠀linuxprivchecker⠀⠀⠀⠀⠀⠀⠀⠀⠀│⠀┃⠀║
+║⠀⠀⠀┌─⠀SPOOFING⠀──┐┃⠀│⠀⠀⠀⠀⠀⠀⠀⠀⠀⠀⠀⠀⠀⠀⠀⠀⠀⠀⠀⠀⠀⠀⠀⠀⠀⠀⠀│⠀┃⠀║
+║⠀⠀⠀├─────────────┤┃⠀└───────────────────────────┘⠀┃⠀║
+║⠀⠀⠀│⠀⠀bettercap⠀⠀│┃⠀┌────────⠀WINDOWS⠀────────┐⠀⠀⠀┃⠀║
+║⠀⠀⠀│⠀⠀⠀⠀⠀⠀⠀⠀⠀⠀⠀⠀⠀│┃⠀├─────────────────────────┤⠀⠀⠀┃⠀║
+║⠀⠀⠀│⠀⠀Responder⠀⠀│┃⠀│⠀⠀winPEAS⠀⠀⠀⠀⠀⠀⠀⠀⠀⠀⠀⠀⠀⠀⠀⠀│⠀⠀⠀┃⠀║
+║⠀⠀⠀│⠀⠀⠀⠀⠀⠀⠀⠀⠀⠀⠀⠀⠀│┃⠀│⠀⠀⠀⠀⠀⠀⠀⠀⠀⠀⠀⠀⠀⠀⠀⠀⠀⠀⠀⠀⠀⠀⠀⠀⠀│⠀⠀⠀┃⠀║
+║⠀⠀⠀│⠀⠀arpspoof⠀⠀⠀│┃⠀│⠀⠀PrivescCheck⠀⠀⠀⠀⠀⠀⠀⠀⠀⠀⠀│⠀⠀⠀┃⠀║
+║⠀⠀⠀│⠀⠀⠀⠀⠀⠀⠀⠀⠀⠀⠀⠀⠀│┃⠀│⠀⠀⠀⠀⠀⠀⠀⠀⠀⠀⠀⠀⠀⠀⠀⠀⠀⠀⠀⠀⠀⠀⠀⠀⠀│⠀⠀⠀┃⠀║
+║⠀⠀⠀└─────────────┘┃⠀│⠀⠀windows-privesc-check⠀⠀│⠀⠀⠀┃⠀║
+║⠀⠀⠀⠀⠀⠀⠀⠀⠀⠀⠀⠀⠀⠀⠀⠀⠀⠀┃⠀│⠀⠀⠀⠀⠀⠀⠀⠀⠀⠀⠀⠀⠀⠀⠀⠀⠀⠀⠀⠀⠀⠀⠀⠀⠀│⠀⠀⠀┃⠀║
+║⠀⠀⠀⠀⠀⠀⠀⠀⠀⠀⠀⠀⠀⠀⠀⠀⠀⠀┃⠀│⠀⠀RemotePotato0⠀⠀⠀⠀⠀⠀⠀⠀⠀⠀│⠀⠀⠀┃⠀║
+║⠀⠀⠀⠀⠀⠀⠀⠀⠀⠀⠀⠀⠀⠀⠀⠀⠀⠀┃⠀│⠀⠀⠀⠀⠀⠀⠀⠀⠀⠀⠀⠀⠀⠀⠀⠀⠀⠀⠀⠀⠀⠀⠀⠀⠀│⠀⠀⠀┃⠀║
+║⠀⠀⠀⠀⠀⠀⠀⠀⠀⠀⠀⠀⠀⠀⠀⠀⠀⠀┃⠀└─────────────────────────┘⠀⠀⠀┃⠀║
+║⠀⠀⠀⠀⠀⠀⠀⠀⠀⠀⠀⠀⠀⠀⠀⠀⠀⠀┗━━━━━━━━━━━━━━━━━━━━━━━━━━━━━━━┛⠀║
+╚════════════════════════════════════════════════════╝
+]
+render[
+RENDER
+]
+style information-gathering fill:#121212,stroke:#ffff00
+style exploitation fill:#121212,stroke:#0000ff
+style post-exploitation fill:#121212,stroke:#00ff00
+style render fill:#121212,stroke:#ff0000
+information-gathering <--> exploitation
+exploitation <--> post-exploitation
+exploitation --> render
 ```
````
